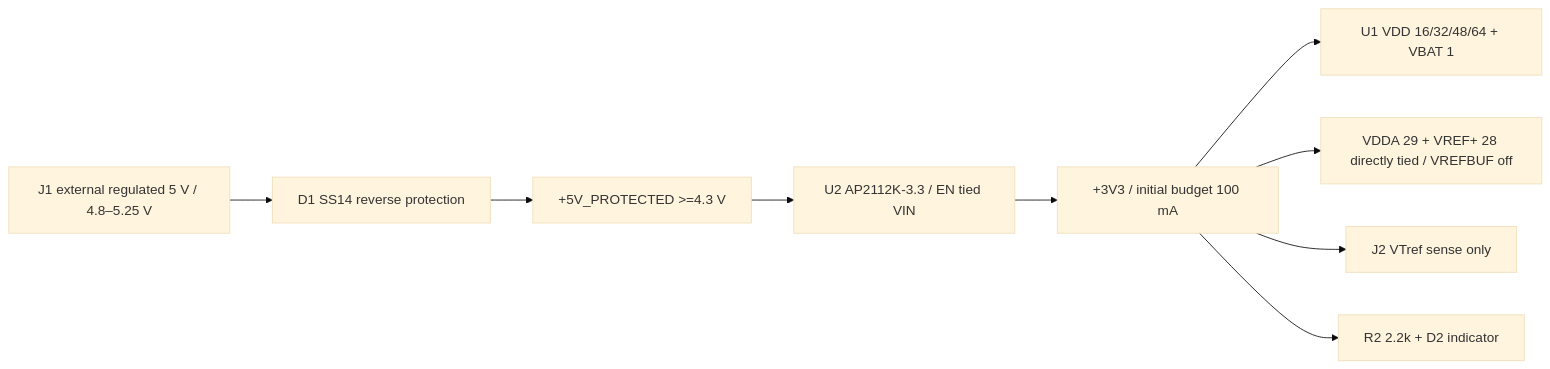
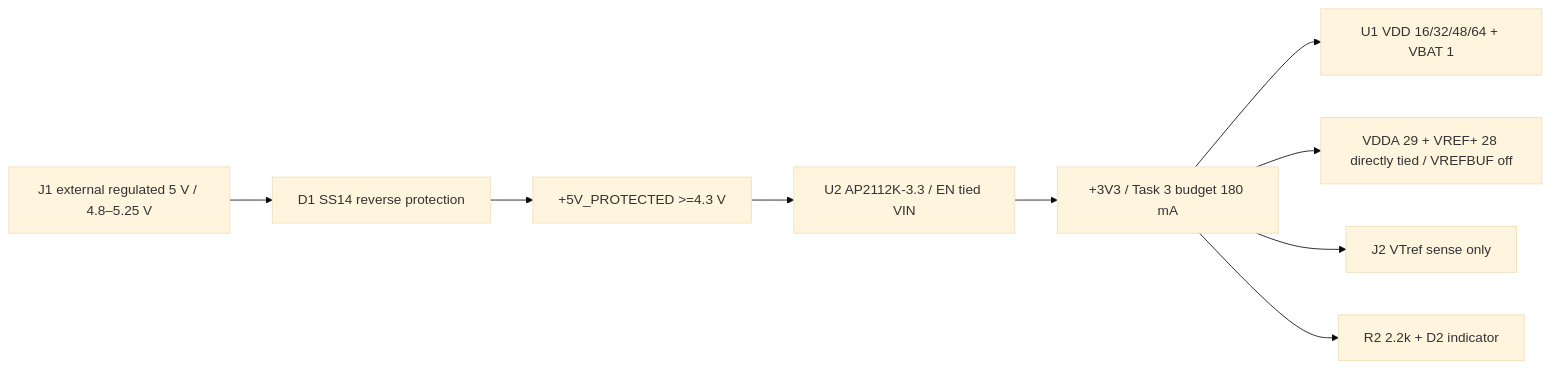
Before and after one commit to MiiGoto/reaction-wheel-pendulum: the second of 2 diagrams in docs/power_tree.md, drawn with Mermaid (base theme). The commit also changed other lines of this file and 17 other files, not shown here.

````diff
--- a/docs/power_tree.md
+++ b/docs/power_tree.md
@@ -33,11 +33,11 @@
 ```mermaid
 flowchart LR
  J1["J1 external regulated 5 V / 4.8–5.25 V"] --> D1["D1 SS14 reverse protection"]
  D1 --> VIN["+5V_PROTECTED >=4.3 V"]
  VIN --> U2["U2 AP2112K-3.3 / EN tied VIN"]
- U2 --> Rail["+3V3 / initial budget 100 mA"]
+ U2 --> Rail["+3V3 / Task 3 budget 180 mA"]
  Rail --> VDD["U1 VDD 16/32/48/64 + VBAT 1"]
  Rail --> Analog["VDDA 29 + VREF+ 28 directly tied / VREFBUF off"]
  Rail --> Debug["J2 VTref sense only"]
  Rail --> LED["R2 2.2k + D2 indicator"]
 ```
````
